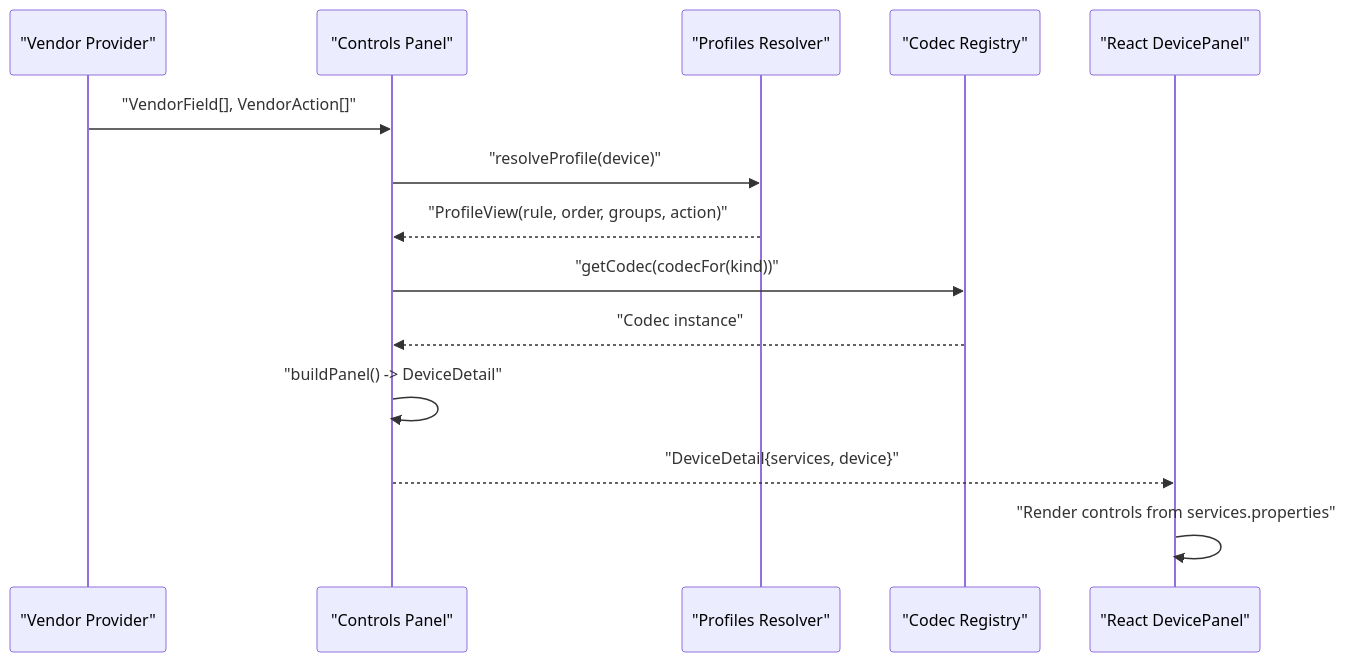
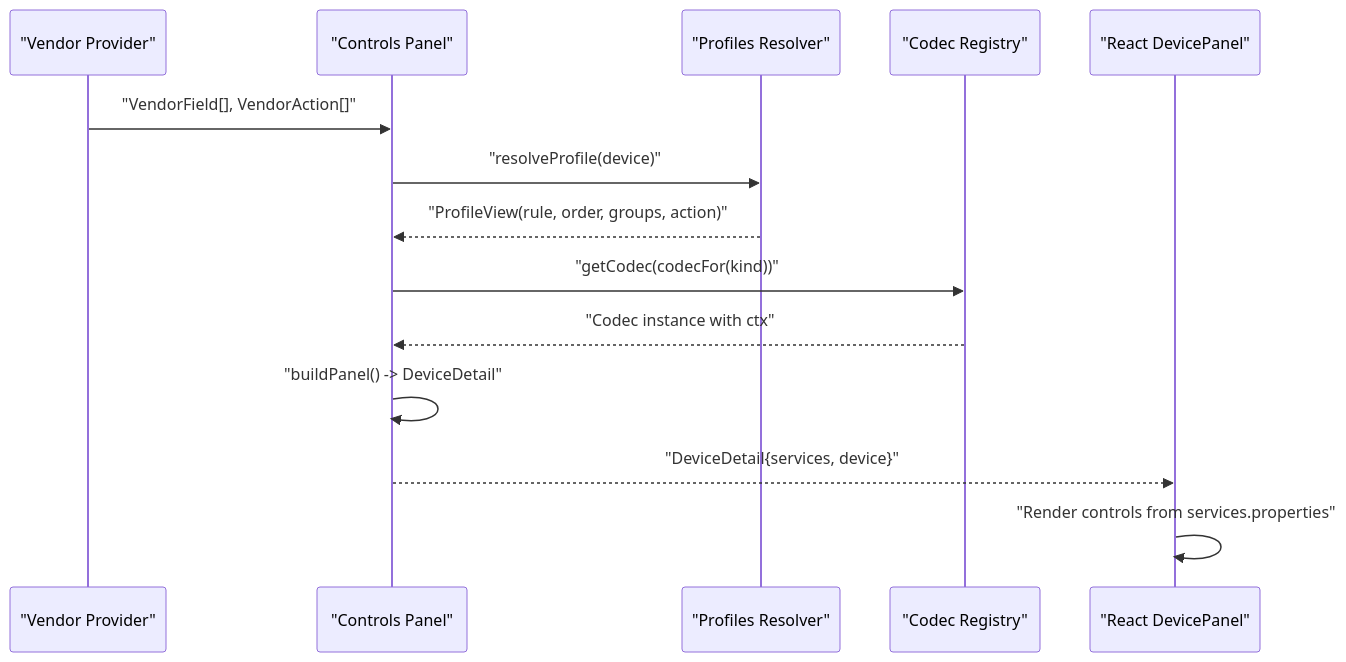
One commit to dlutwuwei/mihome-web changed the second of 8 diagrams in .qoder/repowiki/en/content/Architecture Overview/Control Panel Architecture.md. Above: the diagram before and after it, drawn with Mermaid. The commit also changed other lines of this file and 84 other files, not shown here.

````diff
--- a/.qoder/repowiki/en/content/Architecture Overview/Control Panel Architecture.md
+++ b/.qoder/repowiki/en/content/Architecture Overview/Control Panel Architecture.md
@@ -138,16 +146,16 @@
 ```mermaid
 sequenceDiagram
 participant Provider as "Vendor Provider"
 participant Panel as "Controls Panel"
 participant Profiles as "Profiles Resolver"
 participant Codecs as "Codec Registry"
 participant Frontend as "React DevicePanel"
 Provider->>Panel : "VendorField[], VendorAction[]"
 Panel->>Profiles : "resolveProfile(device)"
 Profiles-->>Panel : "ProfileView(rule, order, groups, action)"
 Panel->>Codecs : "getCodec(codecFor(kind))"
-Codecs-->>Panel : "Codec instance"
+Codecs-->>Panel : "Codec instance with ctx"
 Panel->>Panel : "buildPanel() -> DeviceDetail"
 Panel-->>Frontend : "DeviceDetail{services, device}"
 Frontend->>Frontend : "Render controls from services.properties"
 ```
````
